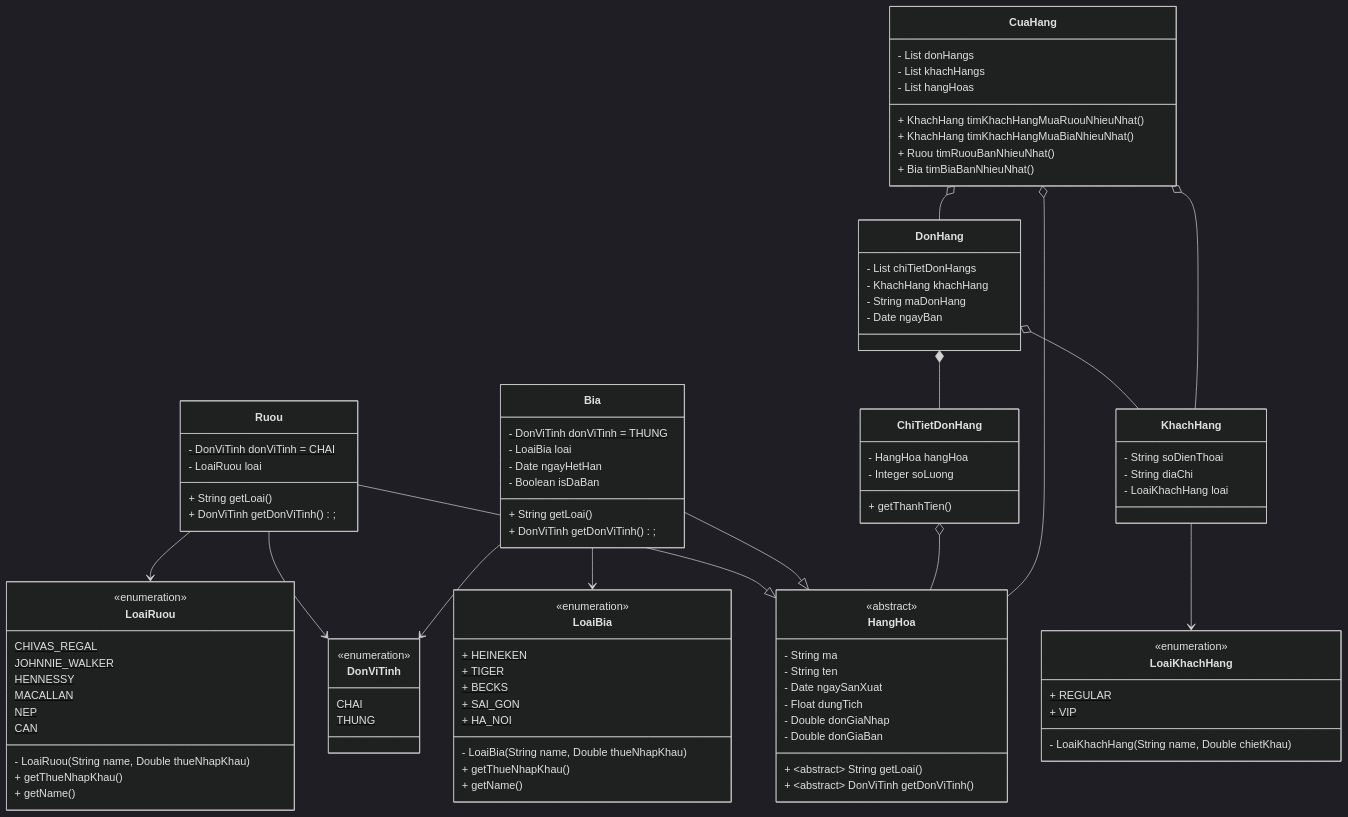
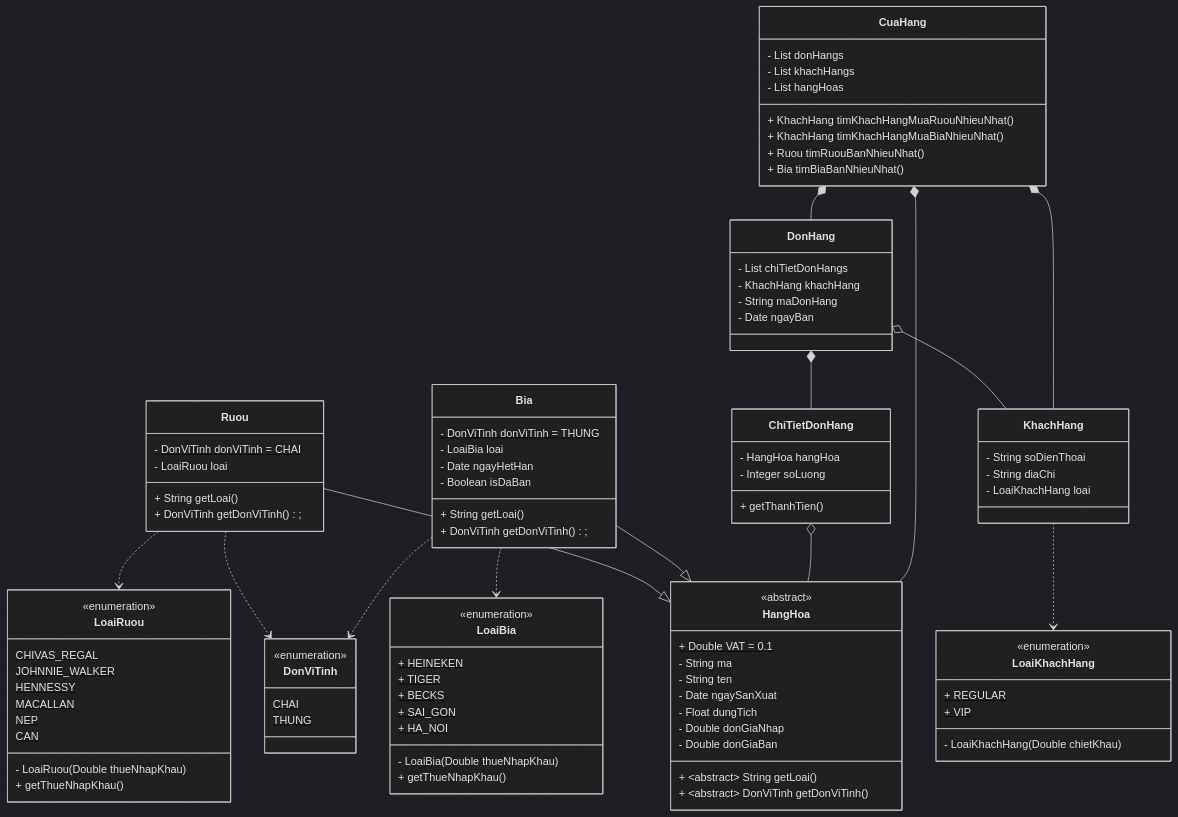
The diagram in class-diagram.md (longhbuit/oop), drawn with Mermaid (dark theme) before and after one commit. The commit also changed other lines of this file and 13 other files, not shown here.

````diff
--- a/class-diagram.md
+++ b/class-diagram.md
@@ -2,23 +17,23 @@
 classDiagram
     class HangHoa {
         <<abstract>>
+        + Double VAT = 0.1$
         - String ma
         - String ten
         - Date ngaySanXuat
         - Float dungTich
         - Double donGiaNhap
         - Double donGiaBan
-        
         + &lt;abstract> String getLoai()
         + &lt;abstract> DonViTinh getDonViTinh()
     }
-    
+
     class DonViTinh {
         <<enumeration>>
         CHAI$
         THUNG$
     }
-    
+
     class LoaiRuou {
         <<enumeration>>
         CHIVAS_REGAL$
@@ -27,13 +42,11 @@
         MACALLAN$
         NEP$
         CAN$
-        
-        - LoaiRuou(String name, Double thueNhapKhau)
+        - LoaiRuou(Double thueNhapKhau)
         + getThueNhapKhau()
-        + getName()
     }
 %%    note for LoaiRuou "Loại rượu có thuế nhập khẩu khác NULL là rượu ngoại"
-    
+
     class LoaiBia {
         <<enumeration>>
         + HEINEKEN$
@@ -41,25 +54,23 @@
         + BECKS$
         + SAI_GON$
         + HA_NOI$
-        
-        - LoaiBia(String name, Double thueNhapKhau)
+        - LoaiBia(Double thueNhapKhau)
         + getThueNhapKhau()
-        + getName()
     }
 %%    note for LoaiBia "Loại bia có thuế nhập khẩu khác NULL là bia ngoại"    
-    
+
     class Ruou {
         - DonViTinh donViTinh = CHAI$
         - LoaiRuou loai
         + String getLoai()
         + DonViTinh getDonViTinh();
     }
-    
+
     Ruou --|> HangHoa
-    Ruou --> DonViTinh
-    Ruou --> LoaiRuou
+    Ruou ..> DonViTinh
+    Ruou ..> LoaiRuou
 %%    note for Ruou "Rượu là một loại hàng hoá\n Rượu có đơn vị tính là CHAI\n Rượu có loại rượu là LoaiRuou"
-    
+
     class Bia {
         - DonViTinh donViTinh = THUNG$
         - LoaiBia loai
@@ -69,17 +80,16 @@
         + DonViTinh getDonViTinh();
     }
     Bia --|> HangHoa
-    Bia --> DonViTinh
-    Bia --> LoaiBia
+    Bia ..> DonViTinh
+    Bia ..> LoaiBia
 %%    note for Bia "Bia là một loại hàng hoá\n Bia sử dụng đơn vị tính là THUNG\n Bia có loại bia là LoaiBia"
-    
+
     class ChiTietDonHang {
         - HangHoa hangHoa
         - Integer soLuong
-        
         + getThanhTien()
     }
-    
+
     ChiTietDonHang o-- HangHoa
 %%    note for ChiTietDonHang "Chi tiết đơn hàng tham chiếu thông tin về hàng hóa"
 
@@ -87,17 +97,16 @@
         <<enumeration>>
         + REGULAR$
         + VIP$
-        
-        - LoaiKhachHang(String name, Double chietKhau)
+        - LoaiKhachHang(Double chietKhau)
     }
-    
+
     class KhachHang {
         - String soDienThoai
         - String diaChi
         - LoaiKhachHang loai
     }
-    KhachHang --> LoaiKhachHang
-    
+    KhachHang ..> LoaiKhachHang
+
     class DonHang {
         - List<ChiTietDonHang> chiTietDonHangs
         - KhachHang khachHang
@@ -106,21 +115,19 @@
     }
     DonHang *-- ChiTietDonHang
     DonHang o-- KhachHang
-    
 %%    note for DonHang "Đơn hàng tham chiếu thông tin về khách hàng \n Đơn hàng chứa các chi tiết đơn hàng"
 
     class CuaHang {
         - List<DonHang> donHangs
         - List<KhachHang> khachHangs
         - List<HangHoa> hangHoas
-        
         + KhachHang timKhachHangMuaRuouNhieuNhat()
         + KhachHang timKhachHangMuaBiaNhieuNhat()
         + Ruou timRuouBanNhieuNhat()
         + Bia timBiaBanNhieuNhat()
     }
-    
-    CuaHang o-- DonHang
-    CuaHang o-- KhachHang
-    CuaHang o-- HangHoa
+
+    CuaHang *-- DonHang
+    CuaHang *-- KhachHang
+    CuaHang *-- HangHoa
 ```
````
